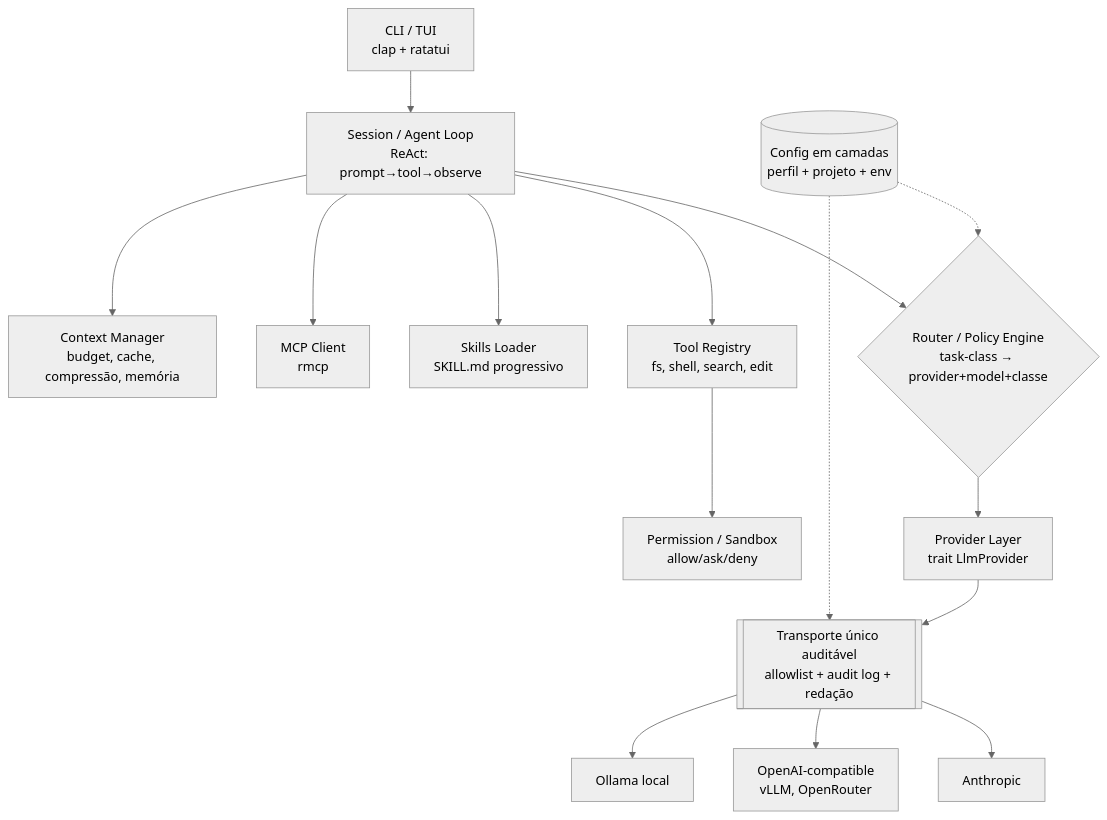
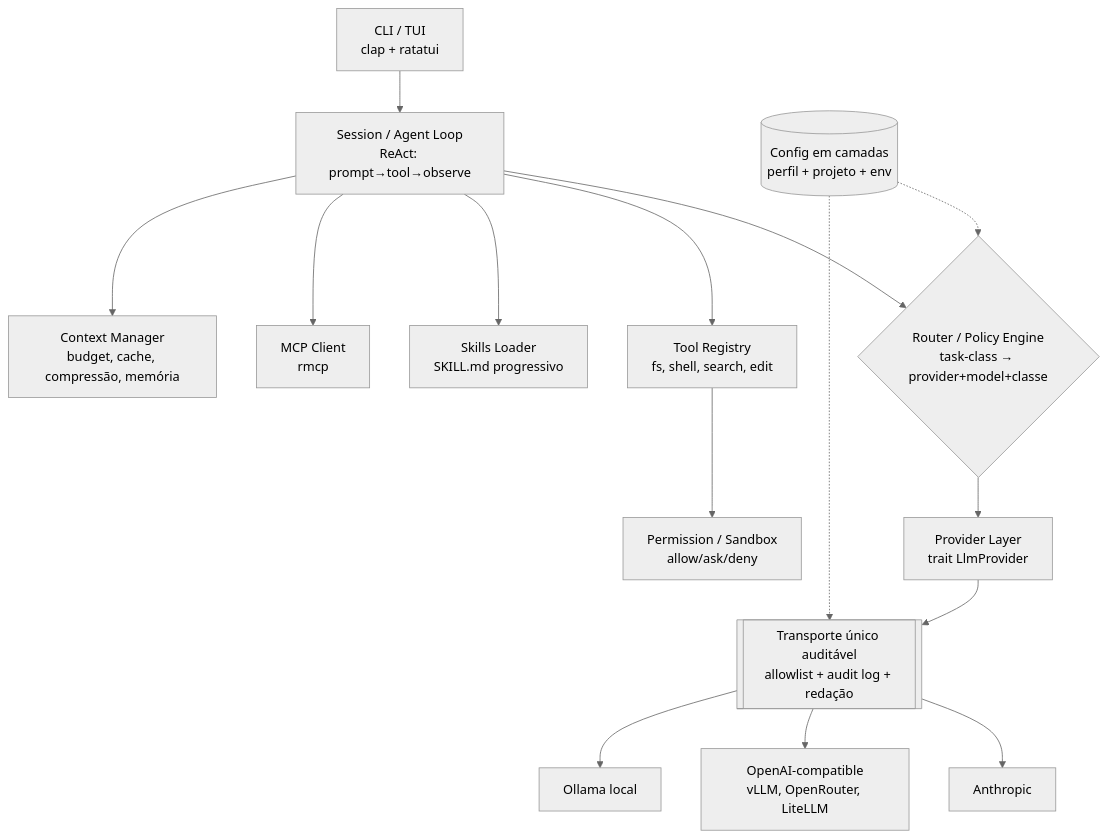
Before and after one commit to psiagoleal/agentry: the first of 2 diagrams in docs/architecture.md, drawn with Mermaid (neutral theme). The commit also changed other lines of this file and 4 other files, not shown here.

First line of the commit message:
docs(adr): ADR-0006 — LiteLLM como fonte de modelos via adapter OpenAI-compatible

````diff
--- a/docs/architecture.md
+++ b/docs/architecture.md
@@ -16,17 +16,17 @@
 ```mermaid
 flowchart TB
     CLI[CLI / TUI<br/>clap + ratatui] --> Session[Session / Agent Loop<br/>ReAct: prompt→tool→observe]
     Session --> Router{Router / Policy Engine<br/>task-class → provider+model+classe}
     Router --> Providers[Provider Layer<br/>trait LlmProvider]
     Providers --> Transport[[Transporte único auditável<br/>allowlist + audit log + redação]]
     Transport --> Anthropic[Anthropic]
-    Transport --> OpenAICompat[OpenAI-compatible<br/>vLLM, OpenRouter]
+    Transport --> OpenAICompat[OpenAI-compatible<br/>vLLM, OpenRouter, LiteLLM]
     Transport --> Ollama[Ollama local]
     Session --> Tools[Tool Registry<br/>fs, shell, search, edit]
     Session --> Skills[Skills Loader<br/>SKILL.md progressivo]
     Session --> MCP[MCP Client<br/>rmcp]
     Tools --> Perm[Permission / Sandbox<br/>allow/ask/deny]
     Session --> Ctx[Context Manager<br/>budget, cache, compressão, memória]
     Config[(Config em camadas<br/>perfil + projeto + env)] -.-> Router
     Config -.-> Transport
 ```
````
